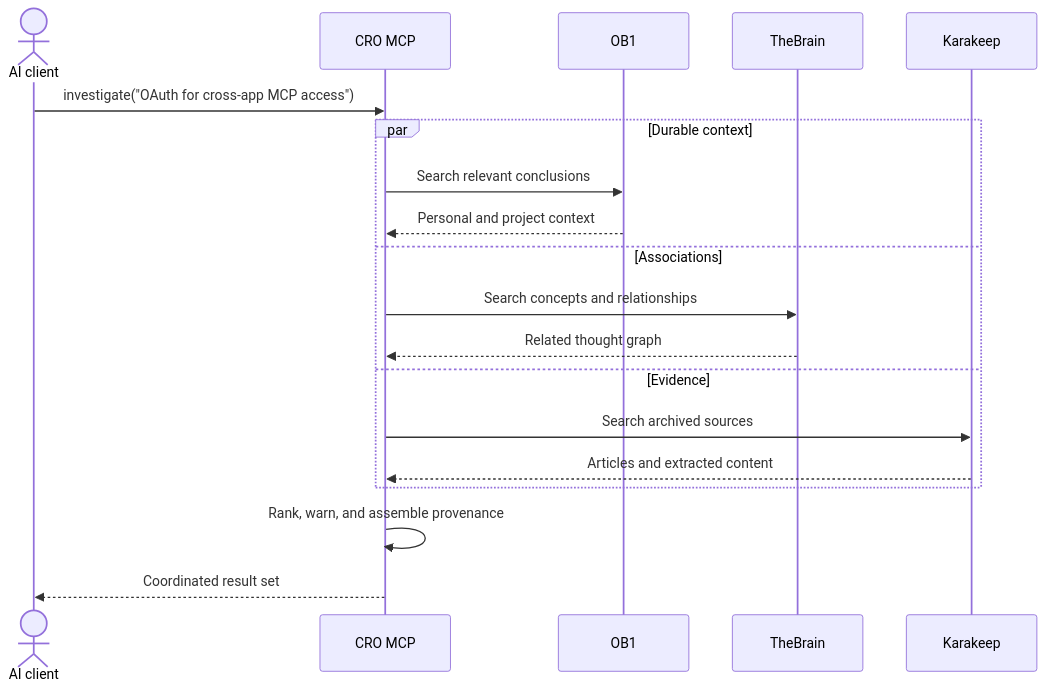
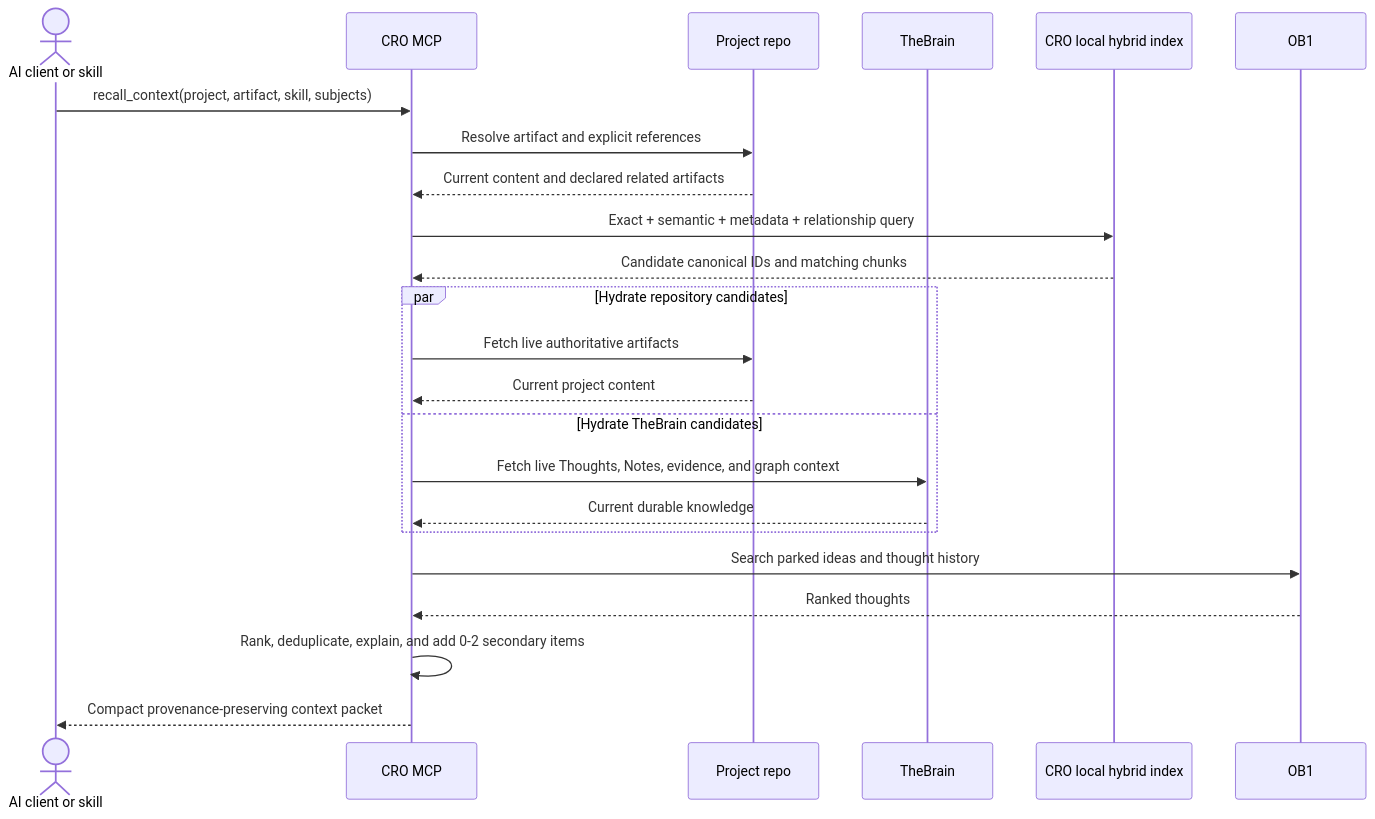
The diagram in docs/architecture/04-federated-query.mmd (KeithBarrows/Cognitive-Research-Orchestrator), drawn with Mermaid before and after one commit. The commit also changed 13 other files, not shown here.

First line of the commit message:
📐 Establish CRO architecture and capability baseline

```diff
--- a/docs/architecture/04-federated-query.mmd
+++ b/docs/architecture/04-federated-query.mmd
@@ -1,20 +1,24 @@
 sequenceDiagram
-    actor A as AI client
+    actor A as AI client or skill
     participant M as CRO MCP
+    participant R as Project repo
+    participant T as TheBrain
+    participant I as CRO local hybrid index
     participant O as OB1
-    participant T as TheBrain
-    participant K as Karakeep
 
-    A->>M: investigate("OAuth for cross-app MCP access")
-    par Durable context
-        M->>O: Search relevant conclusions
-        O-->>M: Personal and project context
-    and Associations
-        M->>T: Search concepts and relationships
-        T-->>M: Related thought graph
-    and Evidence
-        M->>K: Search archived sources
-        K-->>M: Articles and extracted content
+    A->>M: recall_context(project, artifact, skill, subjects)
+    M->>R: Resolve artifact and explicit references
+    R-->>M: Current content and declared related artifacts
+    M->>I: Exact + semantic + metadata + relationship query
+    I-->>M: Candidate canonical IDs and matching chunks
+    par Hydrate repository candidates
+        M->>R: Fetch live authoritative artifacts
+        R-->>M: Current project content
+    and Hydrate TheBrain candidates
+        M->>T: Fetch live Thoughts, Notes, evidence, and graph context
+        T-->>M: Current durable knowledge
     end
-    M->>M: Rank, warn, and assemble provenance
-    M-->>A: Coordinated result set
+    M->>O: Search parked ideas and thought history
+    O-->>M: Ranked thoughts
+    M->>M: Rank, deduplicate, explain, and add 0-2 secondary items
+    M-->>A: Compact provenance-preserving context packet
```
